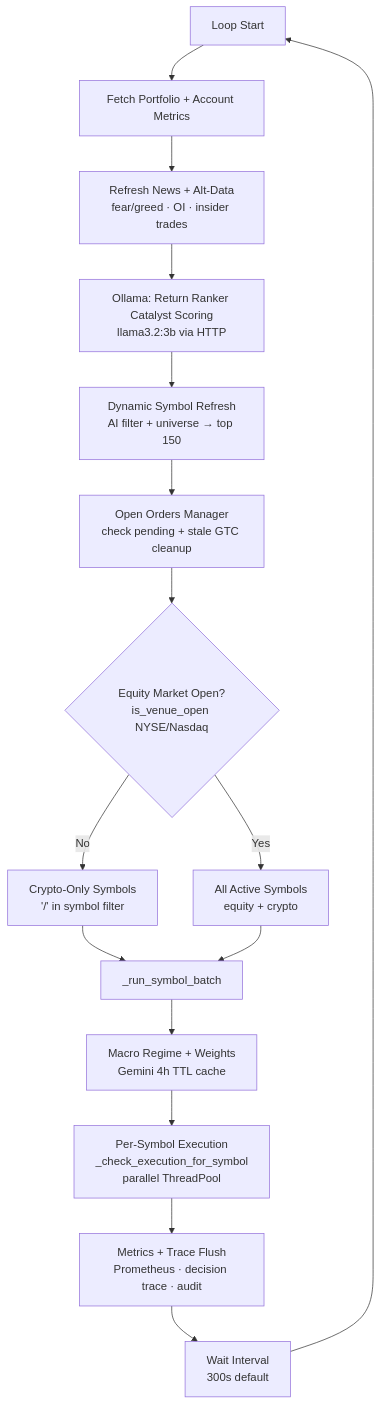
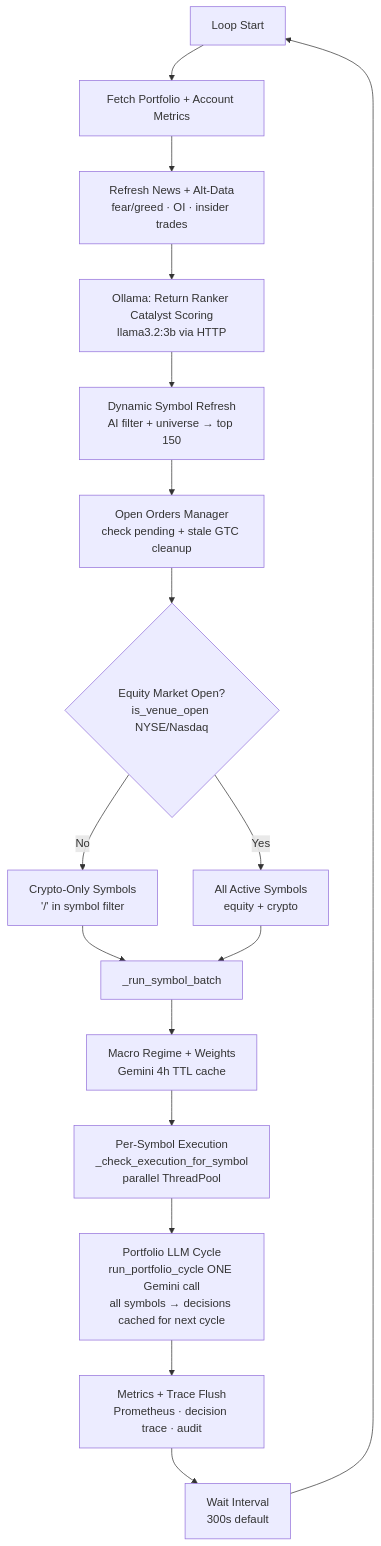
Before and after one commit to ilfrick/Fricktrade: the first of 7 diagrams in docs/flow_trading_agent.md, drawn with Mermaid. The commit also changed other lines of this file and 1 other file, not shown here.

First line of the commit message:
docs: update system_map and flow diagrams for portfolio LLM orchestrator

````diff
--- a/docs/flow_trading_agent.md
+++ b/docs/flow_trading_agent.md
@@ -12,18 +12,19 @@
 ```mermaid
 flowchart TD
     A[Loop Start] --> B[Fetch Portfolio + Account Metrics]
     B --> C[Refresh News + Alt-Data\nfear/greed · OI · insider trades]
     C --> D[Ollama: Return Ranker Catalyst Scoring\nllama3.2:3b via HTTP]
     D --> E[Dynamic Symbol Refresh\nAI filter + universe → top 150]
     E --> F[Open Orders Manager\ncheck pending + stale GTC cleanup]
     F --> G{Equity Market Open?\nis_venue_open NYSE/Nasdaq}
     G -- No --> H[Crypto-Only Symbols\n'/' in symbol filter]
     G -- Yes --> I[All Active Symbols\nequity + crypto]
     H --> J[_run_symbol_batch]
     I --> J
     J --> K[Macro Regime + Weights\nGemini 4h TTL cache]
     K --> L[Per-Symbol Execution\n_check_execution_for_symbol\nparallel ThreadPool]
-    L --> M[Metrics + Trace Flush\nPrometheus · decision trace · audit]
+    L --> P[Portfolio LLM Cycle\nrun_portfolio_cycle ONE Gemini call\nall symbols → decisions cached for next cycle]
+    P --> M[Metrics + Trace Flush\nPrometheus · decision trace · audit]
     M --> N[Wait Interval\n300s default]
     N --> A
 ```
````
